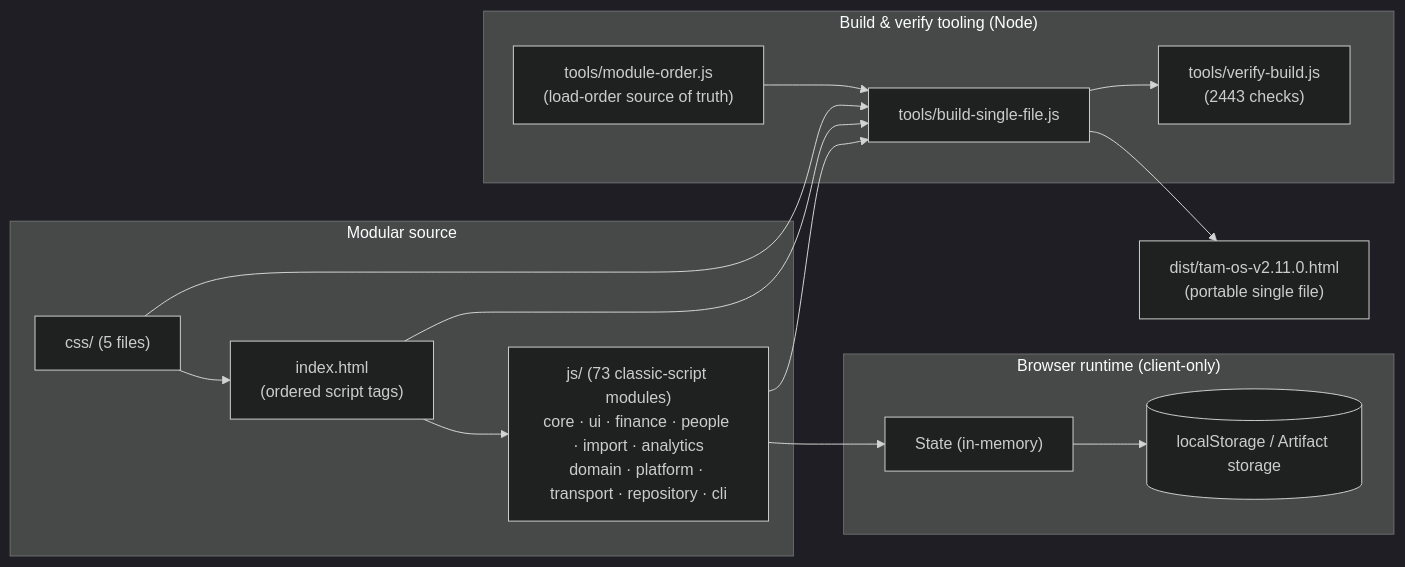
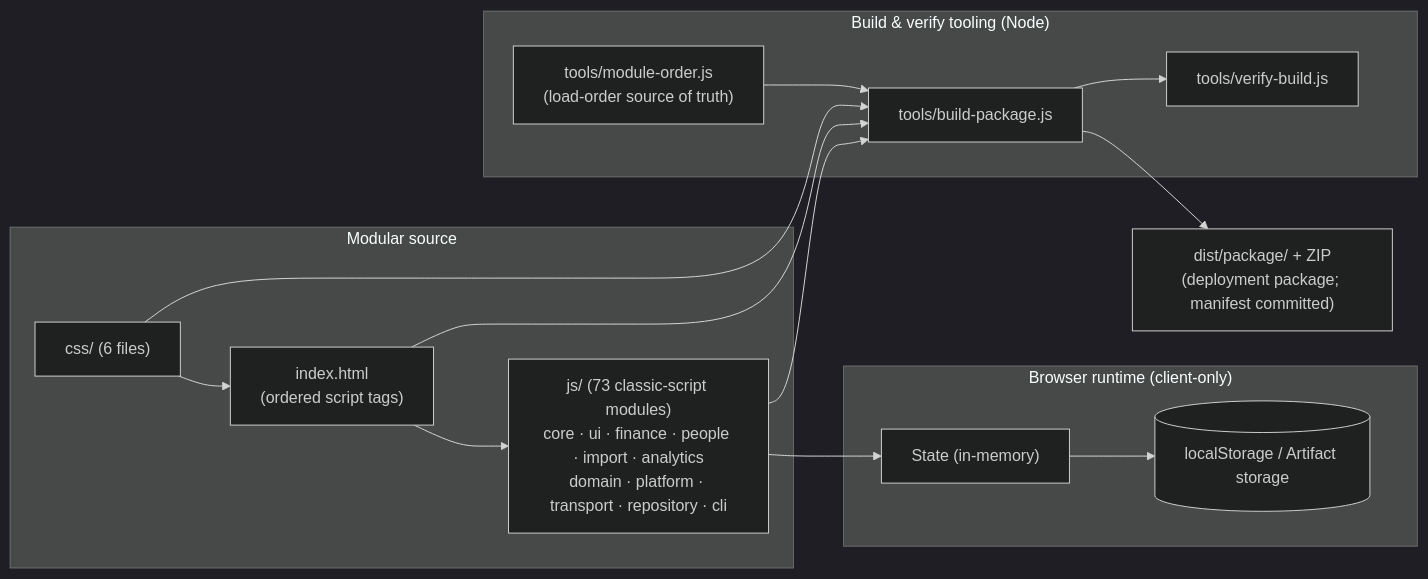
Before and after one commit to fanoryu/TAM-OS-Next: the first of 2 diagrams in README.md, drawn with Mermaid (dark theme). The commit also changed other lines of this file and 40 other files, not shown here.

First line of the commit message:
build: add strict-CSP deployment package

````diff
--- a/README.md
+++ b/README.md
@@ -286,27 +293,27 @@
 ```mermaid
 flowchart LR
   subgraph Source["Modular source"]
     IDX["index.html<br/>(ordered script tags)"]
-    CSS["css/ (5 files)"]
+    CSS["css/ (6 files)"]
     JS["js/ (73 classic-script modules)<br/>core · ui · finance · people · import · analytics<br/>domain · platform · transport · repository · cli"]
   end
   subgraph Runtime["Browser runtime (client-only)"]
     STATE["State (in-memory)"]
     LS[("localStorage / Artifact storage")]
   end
   subgraph Build["Build & verify tooling (Node)"]
     ORDER["tools/module-order.js<br/>(load-order source of truth)"]
-    BUILD["tools/build-single-file.js"]
-    VERIFY["tools/verify-build.js<br/>(2443 checks)"]
+    BUILD["tools/build-package.js"]
+    VERIFY["tools/verify-build.js"]
   end
-  DIST["dist/tam-os-v2.11.0.html<br/>(portable single file)"]
+  DIST["dist/package/ + ZIP<br/>(deployment package; manifest committed)"]
 
   IDX --> JS --> STATE --> LS
   CSS --> IDX
   ORDER --> BUILD
   IDX --> BUILD
   CSS --> BUILD
   JS --> BUILD
   BUILD --> DIST
   BUILD --> VERIFY
 ```
````
